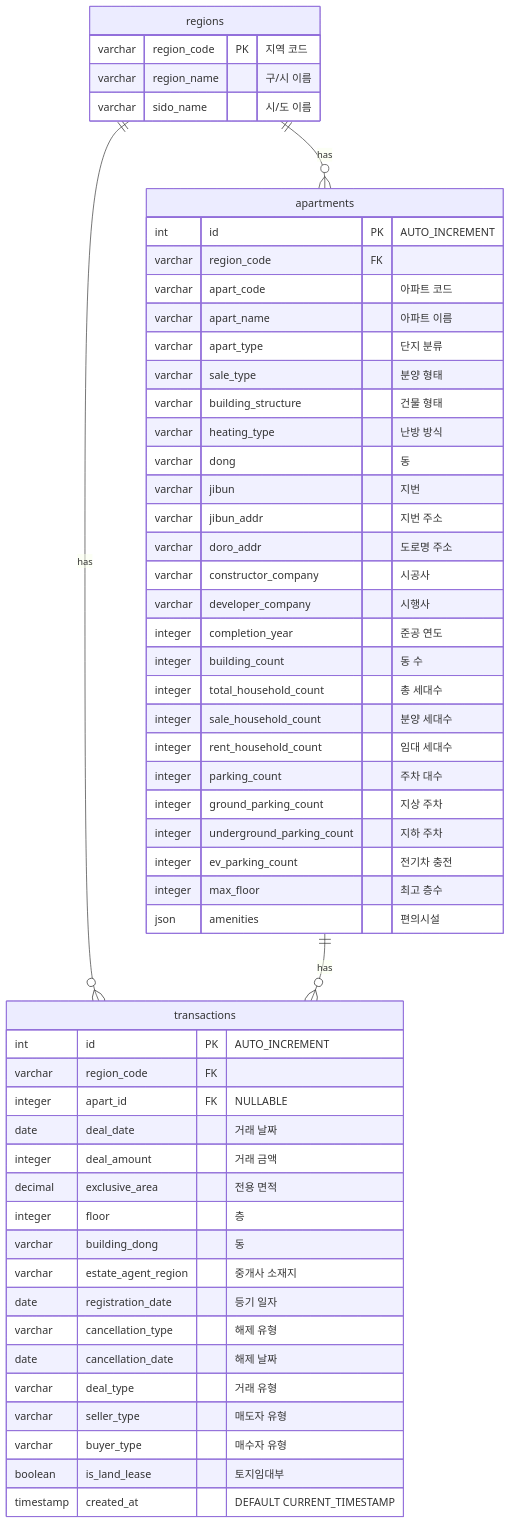
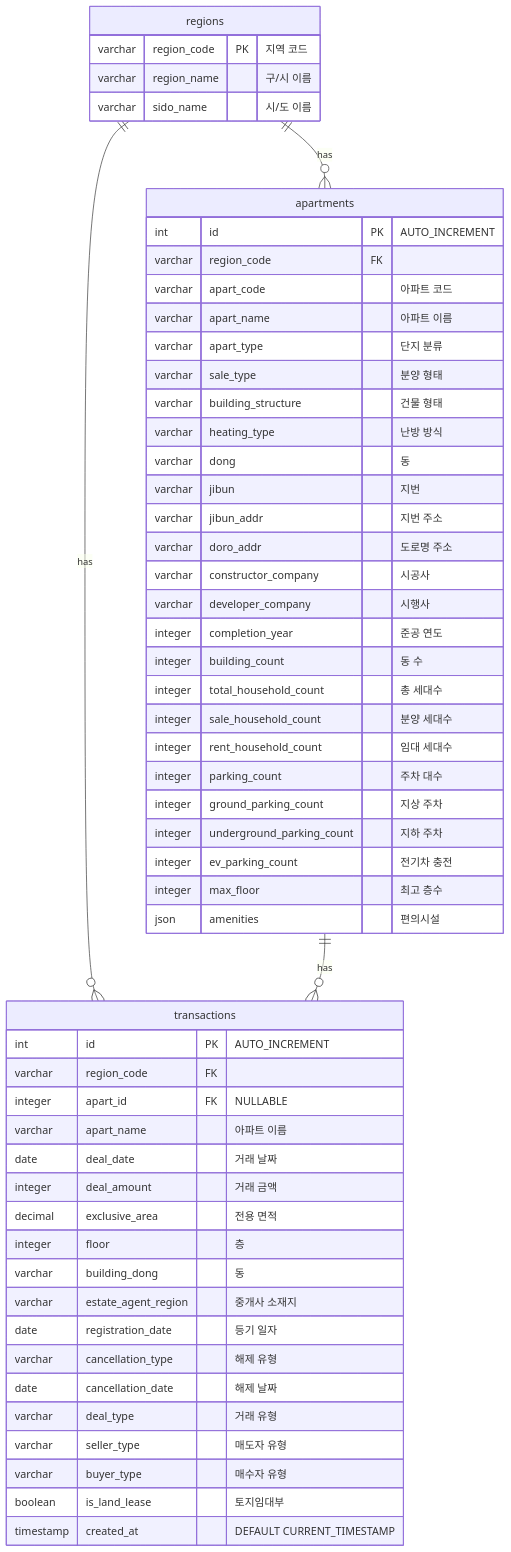
The diagram in apps/jibsayo/ERD.md (polym-team/polymorph-app), drawn with Mermaid before and after one commit. The commit also changed other lines of this file, not shown here.

Commit message:
feat: 스키마 수정

````diff
--- a/apps/jibsayo/ERD.md
+++ b/apps/jibsayo/ERD.md
@@ -5,60 +5,61 @@
 ```mermaid
 erDiagram
     regions ||--o{ apartments : "has"
     regions ||--o{ transactions : "has"
     apartments ||--o{ transactions : "has"
 
     regions {
         varchar region_code PK "지역 코드"
         varchar region_name "구/시 이름"
         varchar sido_name "시/도 이름"
     }
 
     apartments {
         int id PK "AUTO_INCREMENT"
         varchar region_code FK
         varchar apart_code "아파트 코드"
         varchar apart_name "아파트 이름"
         varchar apart_type "단지 분류"
         varchar sale_type "분양 형태"
         varchar building_structure "건물 형태"
         varchar heating_type "난방 방식"
         varchar dong "동"
         varchar jibun "지번"
         varchar jibun_addr "지번 주소"
         varchar doro_addr "도로명 주소"
         varchar constructor_company "시공사"
         varchar developer_company "시행사"
         integer completion_year "준공 연도"
         integer building_count "동 수"
         integer total_household_count "총 세대수"
         integer sale_household_count "분양 세대수"
         integer rent_household_count "임대 세대수"
         integer parking_count "주차 대수"
         integer ground_parking_count "지상 주차"
         integer underground_parking_count "지하 주차"
         integer ev_parking_count "전기차 충전"
         integer max_floor "최고 층수"
         json amenities "편의시설"
     }
 
     transactions {
         int id PK "AUTO_INCREMENT"
         varchar region_code FK
         integer apart_id FK "NULLABLE"
+        varchar apart_name "아파트 이름"
         date deal_date "거래 날짜"
         integer deal_amount "거래 금액"
         decimal exclusive_area "전용 면적"
         integer floor "층"
         varchar building_dong "동"
         varchar estate_agent_region "중개사 소재지"
         date registration_date "등기 일자"
         varchar cancellation_type "해제 유형"
         date cancellation_date "해제 날짜"
         varchar deal_type "거래 유형"
         varchar seller_type "매도자 유형"
         varchar buyer_type "매수자 유형"
         boolean is_land_lease "토지임대부"
         timestamp created_at "DEFAULT CURRENT_TIMESTAMP"
     }
 ```
````
